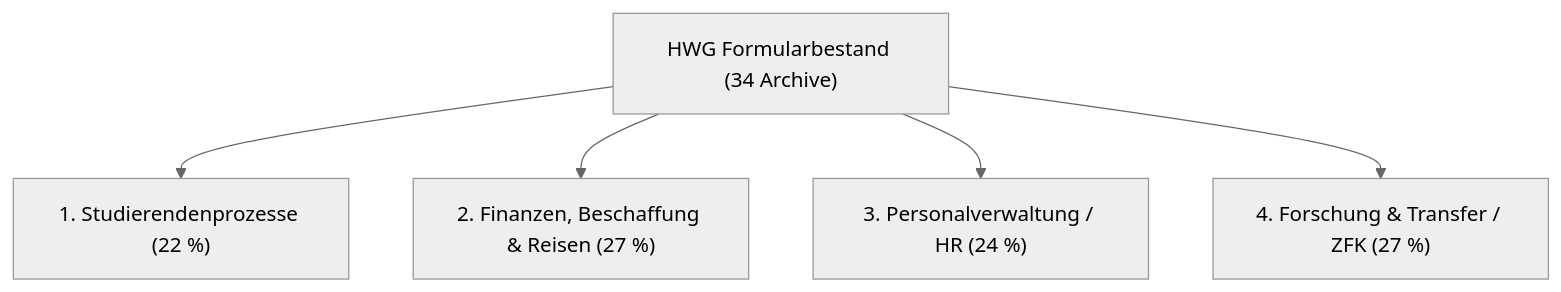
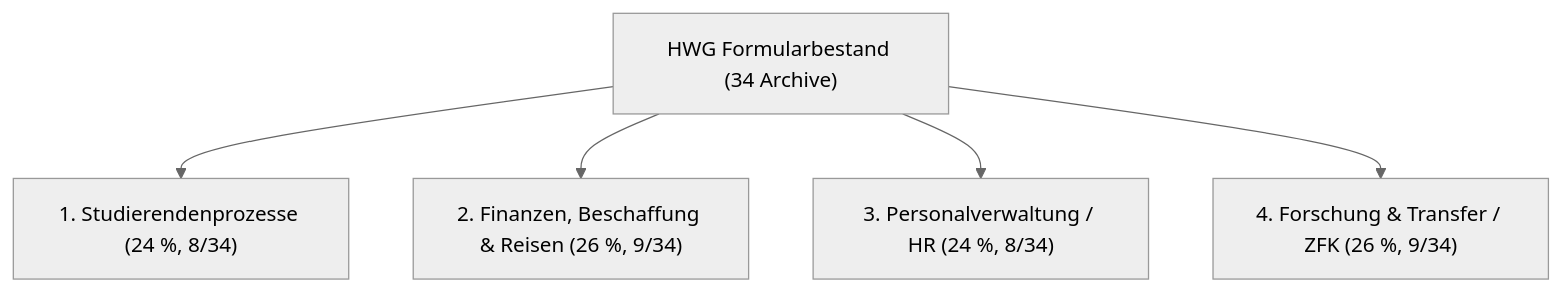
One commit to fotiosl/bachelor-thesis-hwg-formcycle changed the diagram in docs/IST_ANALYSE_HWG.md. Above: the diagram before and after it, drawn with Mermaid (neutral theme). The commit also changed 18 other files, not shown here.

````diff
--- a/docs/IST_ANALYSE_HWG.md
+++ b/docs/IST_ANALYSE_HWG.md
@@ -15,7 +15,7 @@
 ```mermaid
 graph TD
-    A["HWG Formularbestand (34 Archive)"] --> B["1. Studierendenprozesse (22 %)"]
-    A --> C["2. Finanzen, Beschaffung & Reisen (27 %)"]
-    A --> D["3. Personalverwaltung / HR (24 %)"]
-    A --> E["4. Forschung & Transfer / ZFK (27 %)"]
+    A["HWG Formularbestand (34 Archive)"] --> B["1. Studierendenprozesse (24 %, 8/34)"]
+    A --> C["2. Finanzen, Beschaffung & Reisen (26 %, 9/34)"]
+    A --> D["3. Personalverwaltung / HR (24 %, 8/34)"]
+    A --> E["4. Forschung & Transfer / ZFK (26 %, 9/34)"]
 ```
````
